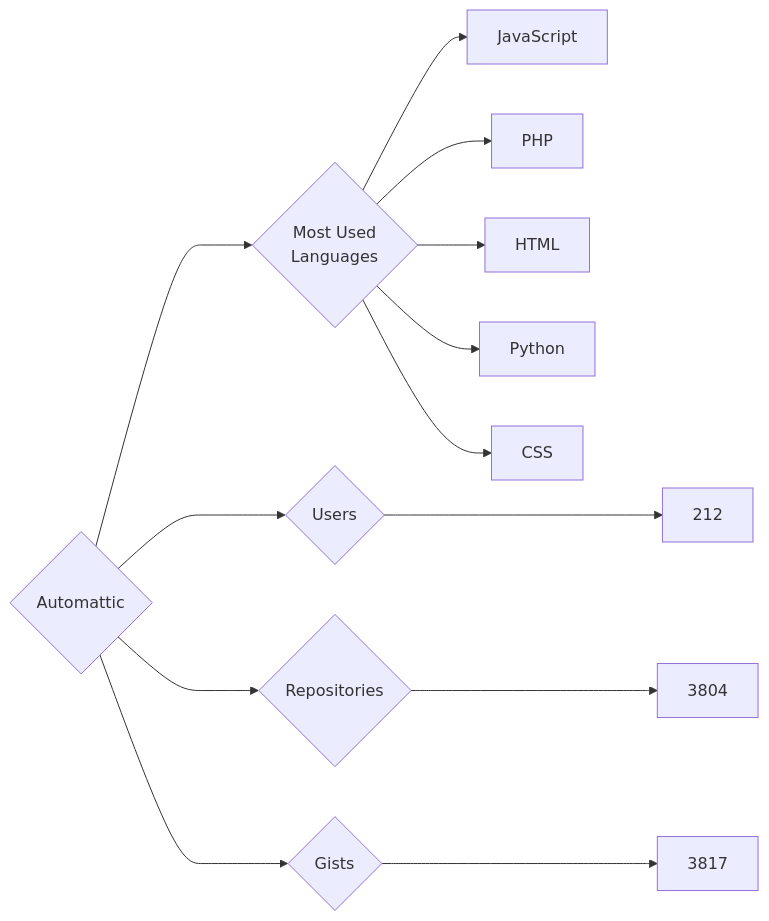
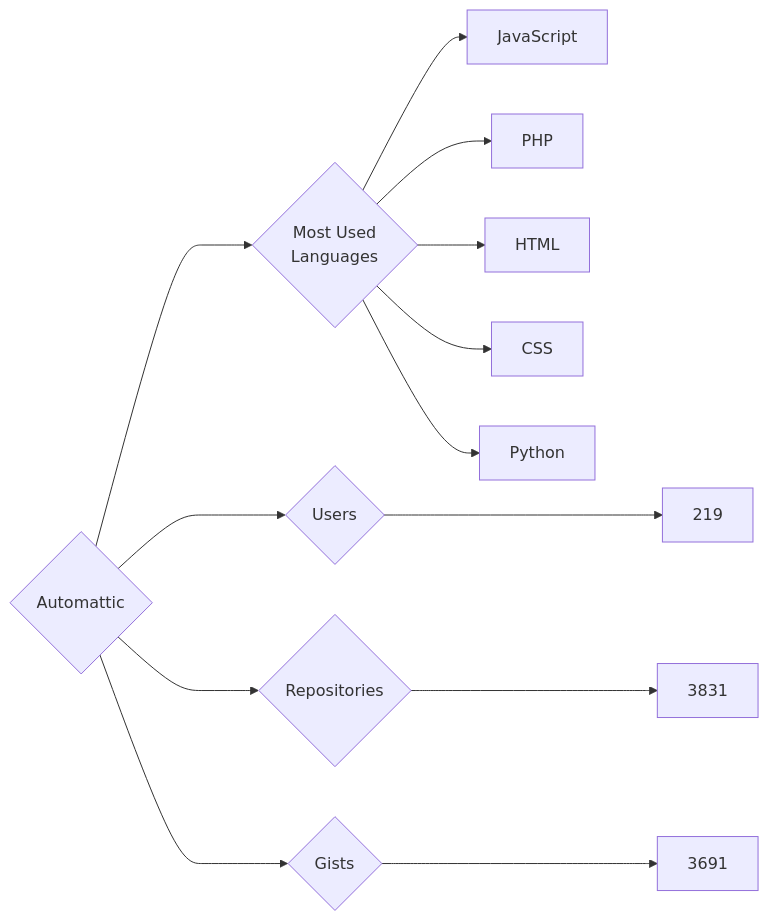
One commit to trickest/insiders changed the diagram in targets/Automattic/README.md. Above: the diagram before and after it, drawn with Mermaid. The commit also changed 847 other files, not shown here.

````diff
--- a/targets/Automattic/README.md
+++ b/targets/Automattic/README.md
@@ -3,13 +3,13 @@
 ```mermaid
 graph LR
 COMPANY_NAME{Automattic}
-COMPANY_NAME ---> U{Users} ---> UN[212]
-COMPANY_NAME ---> R{Repositories} ---> RN[3804]
-COMPANY_NAME ---> G{Gists} ---> GN[3817]
+COMPANY_NAME ---> U{Users} ---> UN[219]
+COMPANY_NAME ---> R{Repositories} ---> RN[3831]
+COMPANY_NAME ---> G{Gists} ---> GN[3691]
 COMPANY_NAME ---> ML{Most Used<br>Languages}
 ML --> JavaScript[JavaScript]
 ML --> PHP[PHP]
 ML --> HTML[HTML]
+ML --> CSS[CSS]
 ML --> Python[Python]
-ML --> CSS[CSS]
 ```
````
